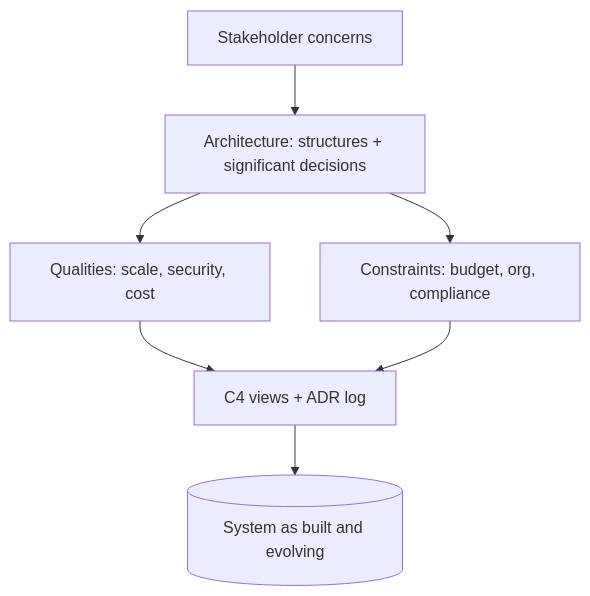
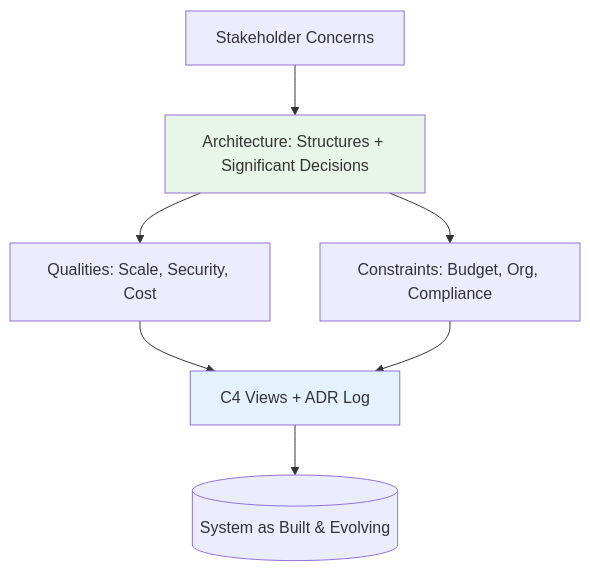
One commit to kotiansukesh/Engineering-Knowledge-System changed the diagram in Architect/01_Architecture-Foundations/What-is-Architecture.md. Above: the diagram before and after it, drawn with Mermaid. The commit also changed other lines of this file and 546 other files, not shown here.

````diff
--- a/Architect/01_Architecture-Foundations/What-is-Architecture.md
+++ b/Architect/01_Architecture-Foundations/What-is-Architecture.md
@@ -14,9 +25,11 @@
 ```mermaid
 graph TD
- C[Stakeholder concerns] --> D[Architecture: structures + significant decisions]
- D --> Q[Qualities: scale, security, cost]
- D --> K[Constraints: budget, org, compliance]
- Q --> S[C4 views + ADR log]
- K --> S
- S --> B[(System as built and evolving)]
+    C[Stakeholder Concerns] --> D[Architecture: Structures + Significant Decisions]
+    D --> Q[Qualities: Scale, Security, Cost]
+    D --> K[Constraints: Budget, Org, Compliance]
+    Q --> S[C4 Views + ADR Log]
+    K --> S
+    S --> B[(System as Built & Evolving)]
+    style D fill:#e8f5e9
+    style S fill:#e3f2fd
 ```
````
